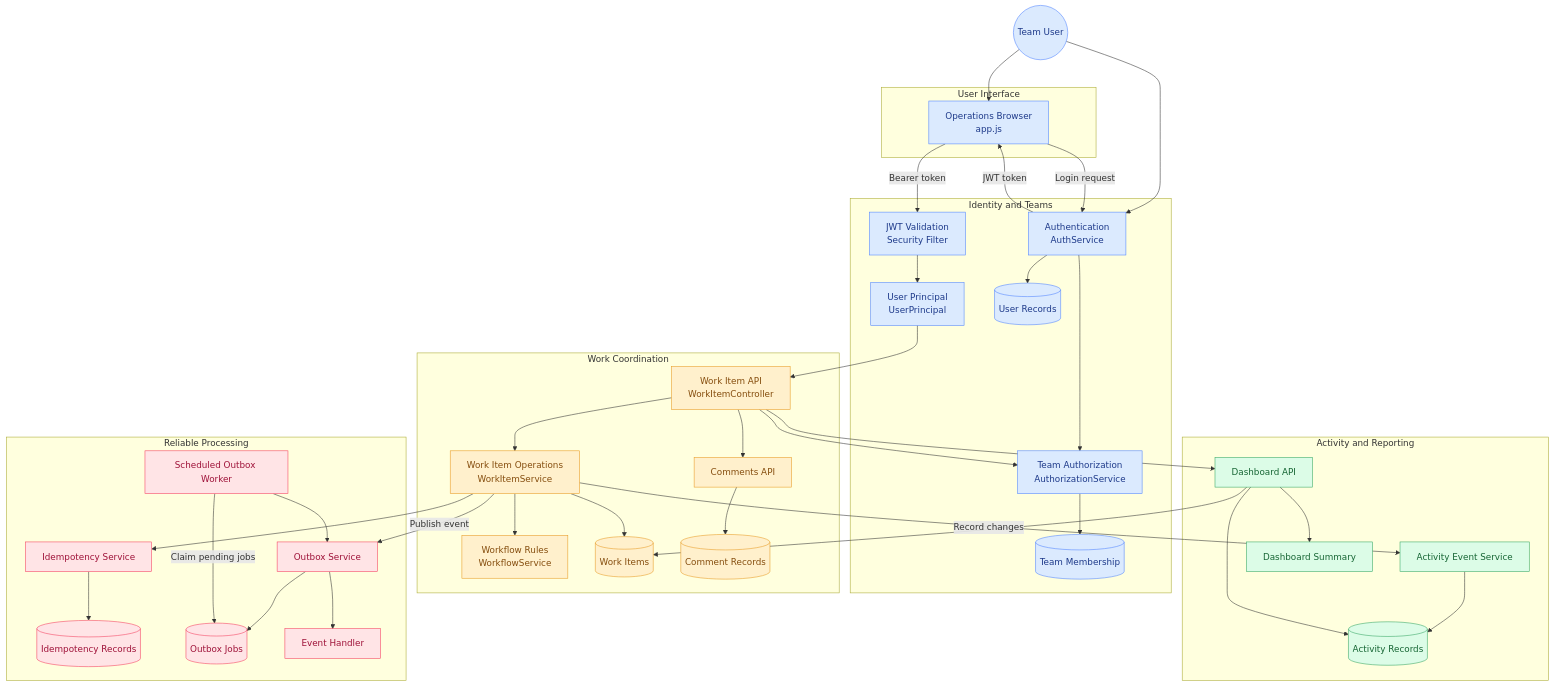
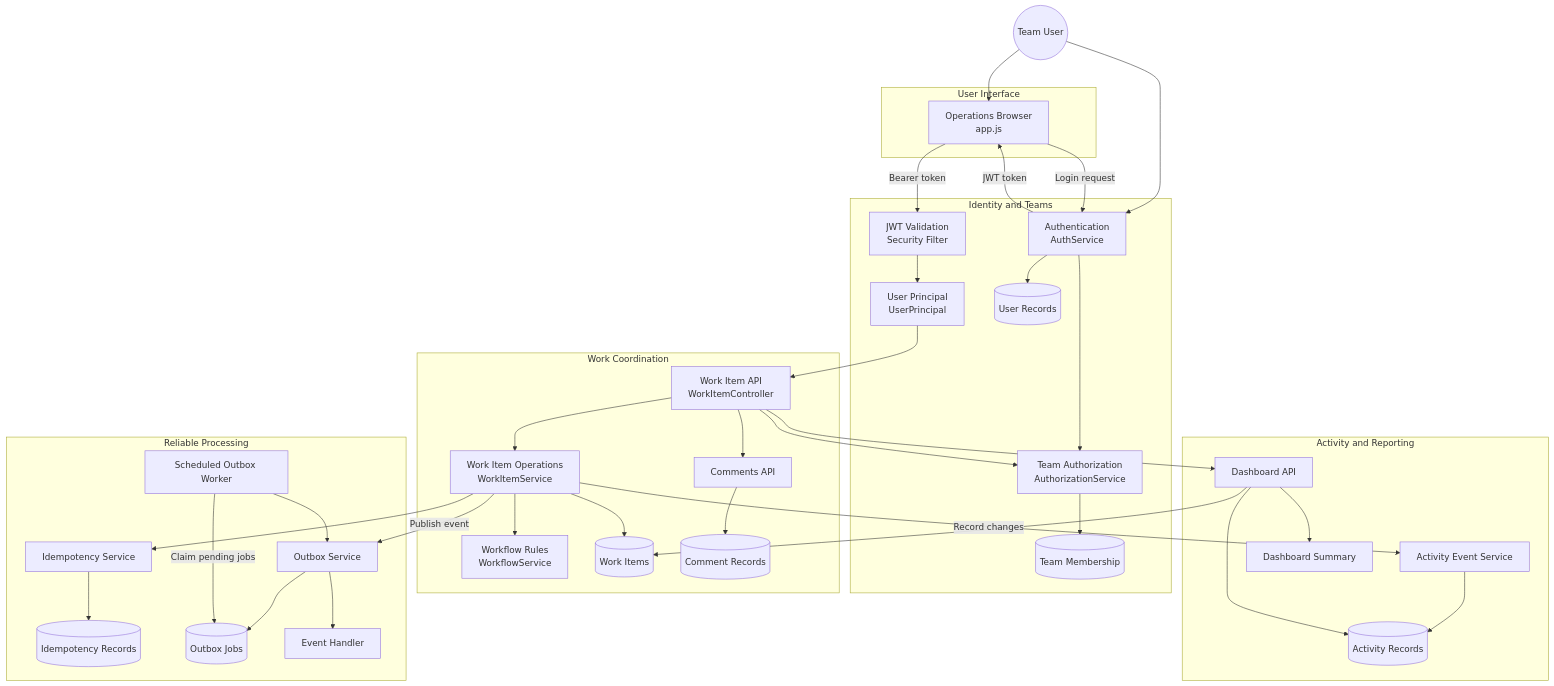
Before and after one commit to prabhkalraa/newtonite-ops-23131180344: the diagram in README.md, drawn with Mermaid. The commit also changed other lines of this file, not shown here.

````diff
--- a/README.md
+++ b/README.md
@@ -108,16 +108,4 @@
     DASH --> ITEMS
     DASH --> HISTORY
     DASH --> SUMMARY
-
-    classDef user fill:#dbeafe,stroke:#4f83ff,color:#1e3a8a
-    classDef work fill:#fff0cc,stroke:#e89b24,color:#854d0e
-    classDef report fill:#dcfce7,stroke:#36a663,color:#166534
-    classDef reliable fill:#ffe4e6,stroke:#f43f5e,color:#9f1239
-    classDef security fill:#dbeafe,stroke:#4f83ff,color:#1e3a8a
-
-    class U,B user
-    class AUTH,JWT,PRINCIPAL,AZ,MEMBERS,USERS security
-    class API,OPS,COMMENTS,RULES,ITEMS,COMMENTDB work
-    class ACT,HISTORY,DASH,SUMMARY report
-    class IDEM,IDEMDB,OUTBOX,JOBS,WORKER,HANDLER reliable
 ```
````
